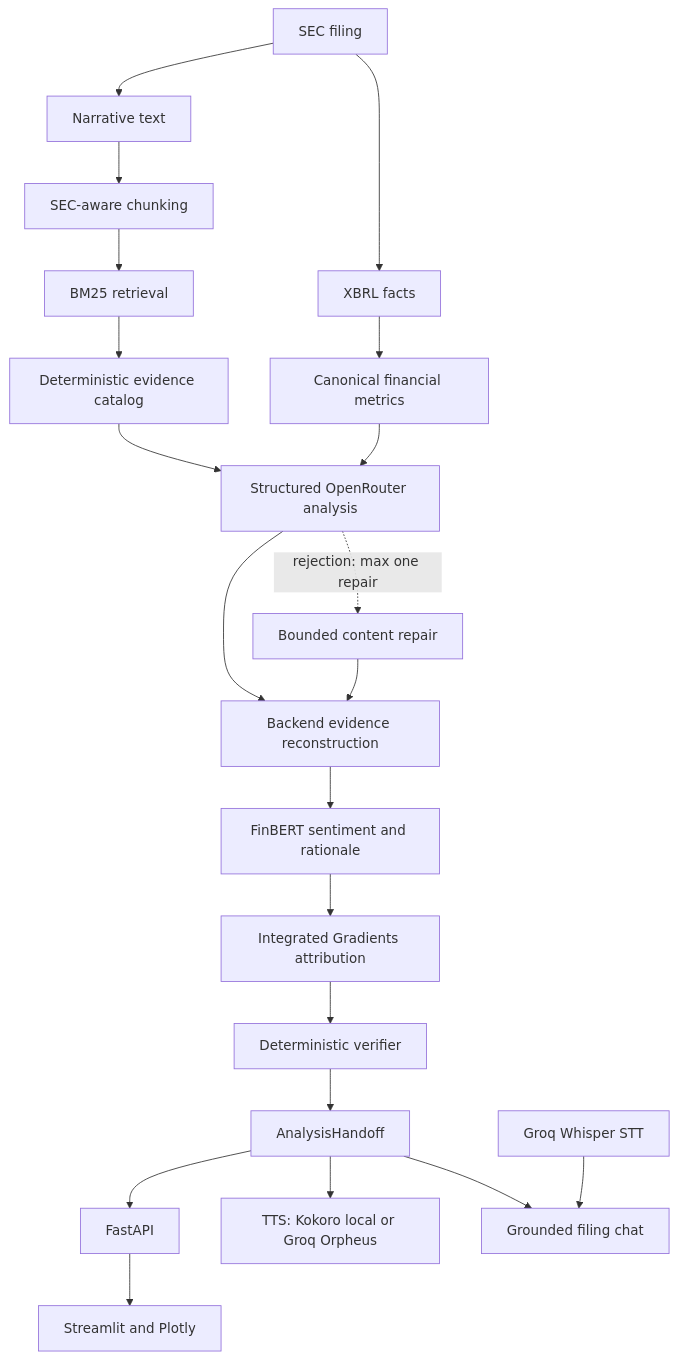
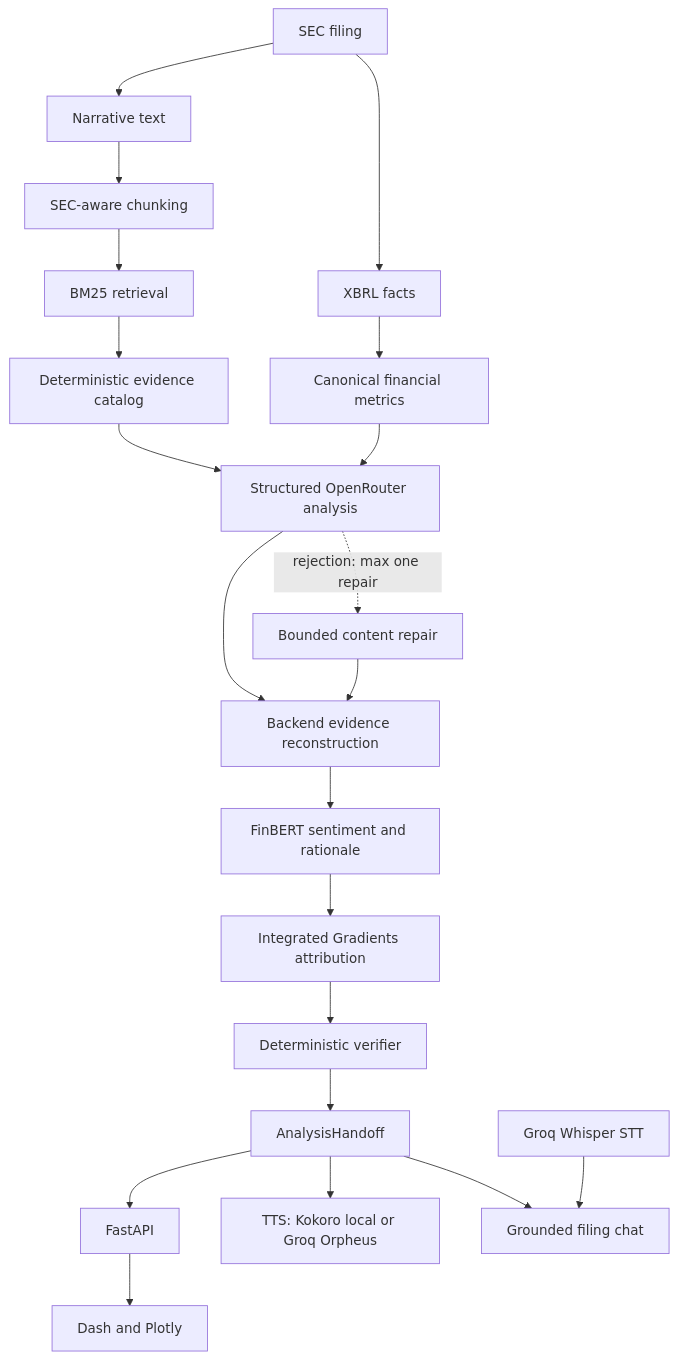
One commit to marcocorpacriado-pixel/fintech-multimodal-mvp changed the diagram in docs/BUSINESS_CASE.md. Above: the diagram before and after it, drawn with Mermaid. The commit also changed other lines of this file and 27 other files, not shown here.

First line of the commit message:
feat: replace Streamlit frontend with Dash

````diff
--- a/docs/BUSINESS_CASE.md
+++ b/docs/BUSINESS_CASE.md
@@ -92,23 +92,23 @@
 ```mermaid
 flowchart TD
     SEC[SEC filing] --> Narrative[Narrative text]
     SEC --> XBRL[XBRL facts]
     Narrative --> Chunking[SEC-aware chunking]
     Chunking --> BM25[BM25 retrieval]
     XBRL --> Metrics[Canonical financial metrics]
     BM25 --> Catalog[Deterministic evidence catalog]
     Catalog --> Analyst[Structured OpenRouter analysis]
     Metrics --> Analyst
     Analyst --> Rebuild[Backend evidence reconstruction]
     Analyst -. rejection: max one repair .-> Repair[Bounded content repair]
     Repair --> Rebuild
     Rebuild --> Sentiment[FinBERT sentiment and rationale]
     Sentiment --> IG[Integrated Gradients attribution]
     IG --> Verify[Deterministic verifier]
     Verify --> Handoff[AnalysisHandoff]
     Handoff --> API[FastAPI]
-    API --> UI[Streamlit and Plotly]
+    API --> UI[Dash and Plotly]
     Handoff --> TTS[TTS: Kokoro local or Groq Orpheus]
     Handoff --> Chat[Grounded filing chat]
     STT[Groq Whisper STT] --> Chat
 ```
````
